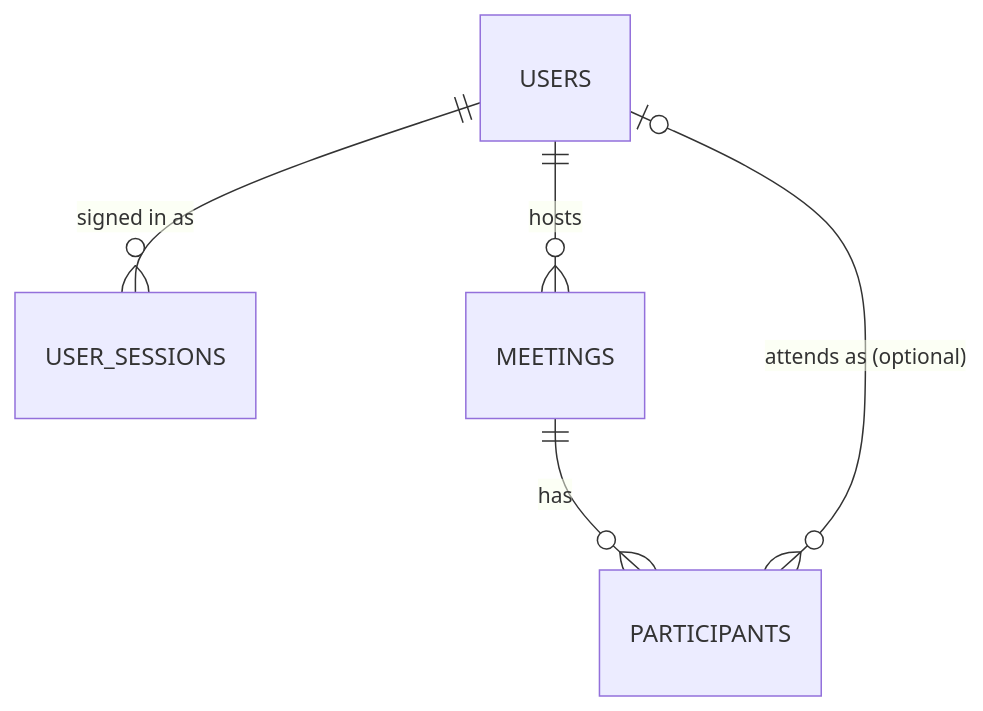
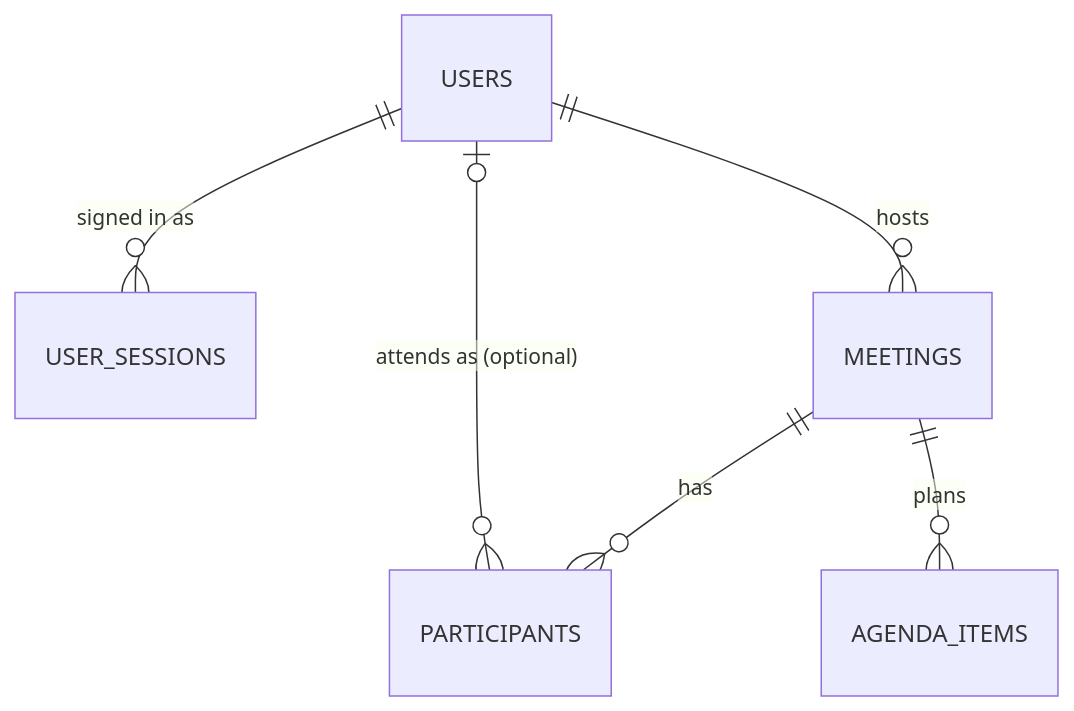
One commit to jpriyansh2005/Huddle-Flow changed the diagram in README.md. Above: the diagram before and after it, drawn with Mermaid. The commit also changed other lines of this file and 26 other files, not shown here.

````diff
--- a/README.md
+++ b/README.md
@@ -243,7 +251,8 @@
 ```mermaid
 erDiagram
     USERS ||--o{ USER_SESSIONS : "signed in as"
     USERS ||--o{ MEETINGS : hosts
     MEETINGS ||--o{ PARTICIPANTS : has
+    MEETINGS ||--o{ AGENDA_ITEMS : plans
     USERS |o--o{ PARTICIPANTS : "attends as (optional)"
 ```
````
